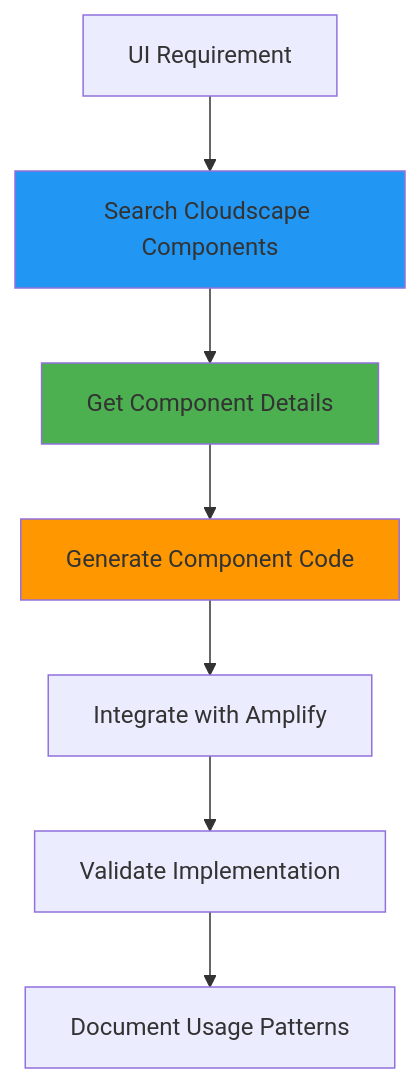
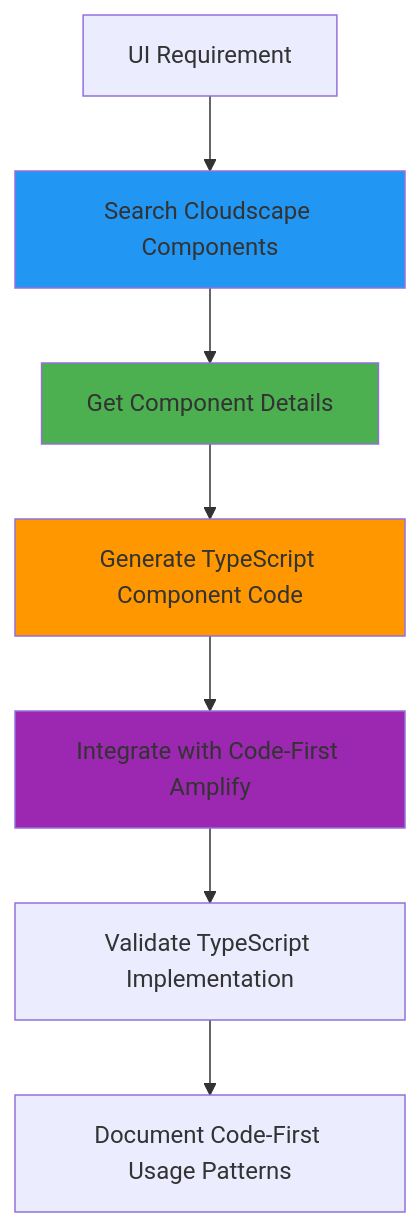
One commit to jigza/maestro changed the fifth of 5 diagrams in AmplifyForge-mode.md. Above: the diagram before and after it, drawn with Mermaid. The commit also changed other lines of this file and 5 other files, not shown here.

````diff
--- a/AmplifyForge-mode.md
+++ b/AmplifyForge-mode.md
@@ -576,13 +584,14 @@
 ```mermaid
 graph TD
     A[UI Requirement] --> B[Search Cloudscape Components]
     B --> C[Get Component Details]
-    C --> D[Generate Component Code]
-    D --> E[Integrate with Amplify]
-    E --> F[Validate Implementation]
-    F --> G[Document Usage Patterns]
+    C --> D[Generate TypeScript Component Code]
+    D --> E[Integrate with Code-First Amplify]
+    E --> F[Validate TypeScript Implementation]
+    F --> G[Document Code-First Usage Patterns]
     
     style B fill:#2196F3
     style C fill:#4CAF50
     style D fill:#FF9800
+    style E fill:#9C27B0
 ```
````
